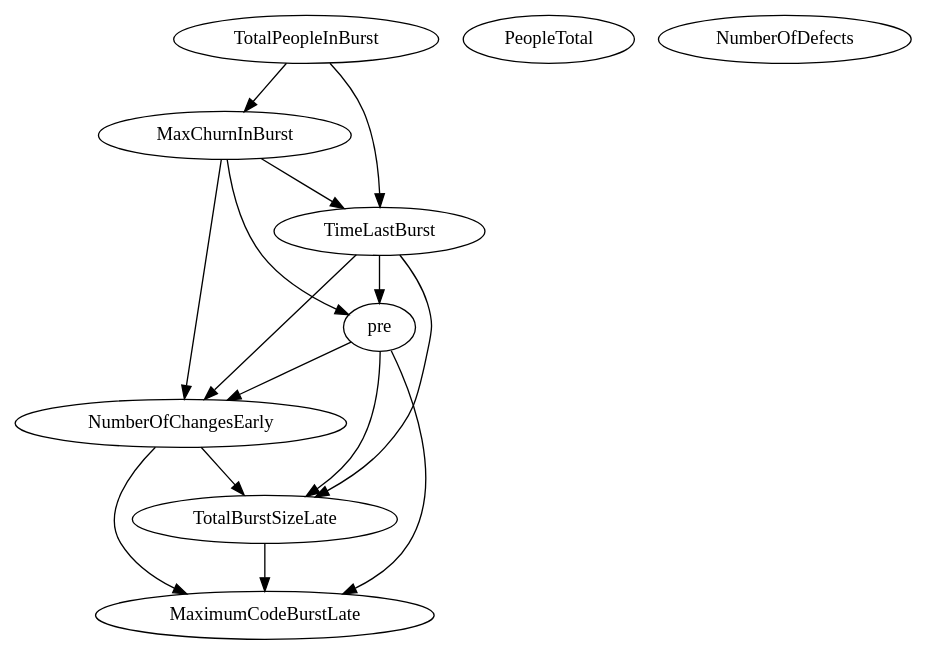
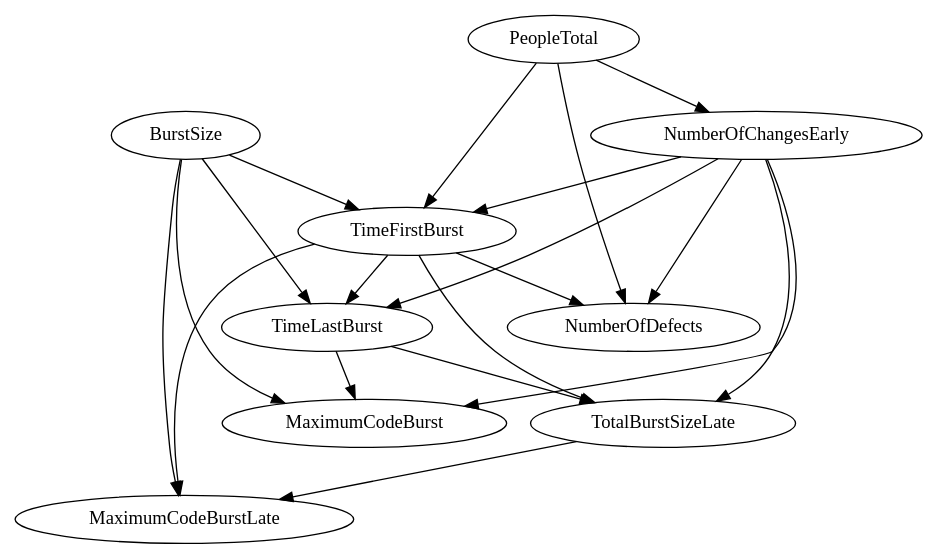
One commit to Broshen/defect_prediction_analysis changed the diagram in experiment_4/bn_graphs/weekly/classes/ECLIPSE21_ALLGAPS_ALLBURSTS/ECLIPSE21_ALLGAPS_ALLBURSTS_bn_8.dot. Above: the diagram before and after it, drawn with Graphviz. The commit also changed 340 other files, not shown here.

```diff
--- a/experiment_4/bn_graphs/weekly/classes/ECLIPSE21_ALLGAPS_ALLBURSTS/ECLIPSE21_ALLGAPS_ALLBURSTS_bn_8.dot
+++ b/experiment_4/bn_graphs/weekly/classes/ECLIPSE21_ALLGAPS_ALLBURSTS/ECLIPSE21_ALLGAPS_ALLBURSTS_bn_8.dot
@@ -1,25 +1,30 @@
 digraph {
+   MaximumCodeBurst;
+   NumberOfDefects;
    NumberOfChangesEarly;
+   BurstSize;
+   TotalBurstSizeLate;
+   TimeLastBurst;
+   TimeFirstBurst;
+   MaximumCodeBurstLate;
    PeopleTotal;
-   NumberOfDefects;
-   pre;
-   TotalPeopleInBurst;
-   MaxChurnInBurst;
-   TimeLastBurst;
-   MaximumCodeBurstLate;
-   TotalBurstSizeLate;
-   NumberOfChangesEarly -> MaximumCodeBurstLate;
+   NumberOfChangesEarly -> MaximumCodeBurst;
+   NumberOfChangesEarly -> NumberOfDefects;
    NumberOfChangesEarly -> TotalBurstSizeLate;
-   pre -> NumberOfChangesEarly;
-   pre -> MaximumCodeBurstLate;
-   pre -> TotalBurstSizeLate;
-   TotalPeopleInBurst -> MaxChurnInBurst;
-   TotalPeopleInBurst -> TimeLastBurst;
-   MaxChurnInBurst -> NumberOfChangesEarly;
-   MaxChurnInBurst -> pre;
-   MaxChurnInBurst -> TimeLastBurst;
-   TimeLastBurst -> NumberOfChangesEarly;
-   TimeLastBurst -> pre;
+   NumberOfChangesEarly -> TimeLastBurst;
+   NumberOfChangesEarly -> TimeFirstBurst;
+   BurstSize -> MaximumCodeBurst;
+   BurstSize -> TimeLastBurst;
+   BurstSize -> TimeFirstBurst;
+   BurstSize -> MaximumCodeBurstLate;
+   TotalBurstSizeLate -> MaximumCodeBurstLate;
+   TimeLastBurst -> MaximumCodeBurst;
    TimeLastBurst -> TotalBurstSizeLate;
-   TotalBurstSizeLate -> MaximumCodeBurstLate;
+   TimeFirstBurst -> NumberOfDefects;
+   TimeFirstBurst -> TotalBurstSizeLate;
+   TimeFirstBurst -> TimeLastBurst;
+   TimeFirstBurst -> MaximumCodeBurstLate;
+   PeopleTotal -> NumberOfDefects;
+   PeopleTotal -> NumberOfChangesEarly;
+   PeopleTotal -> TimeFirstBurst;
 }
```
